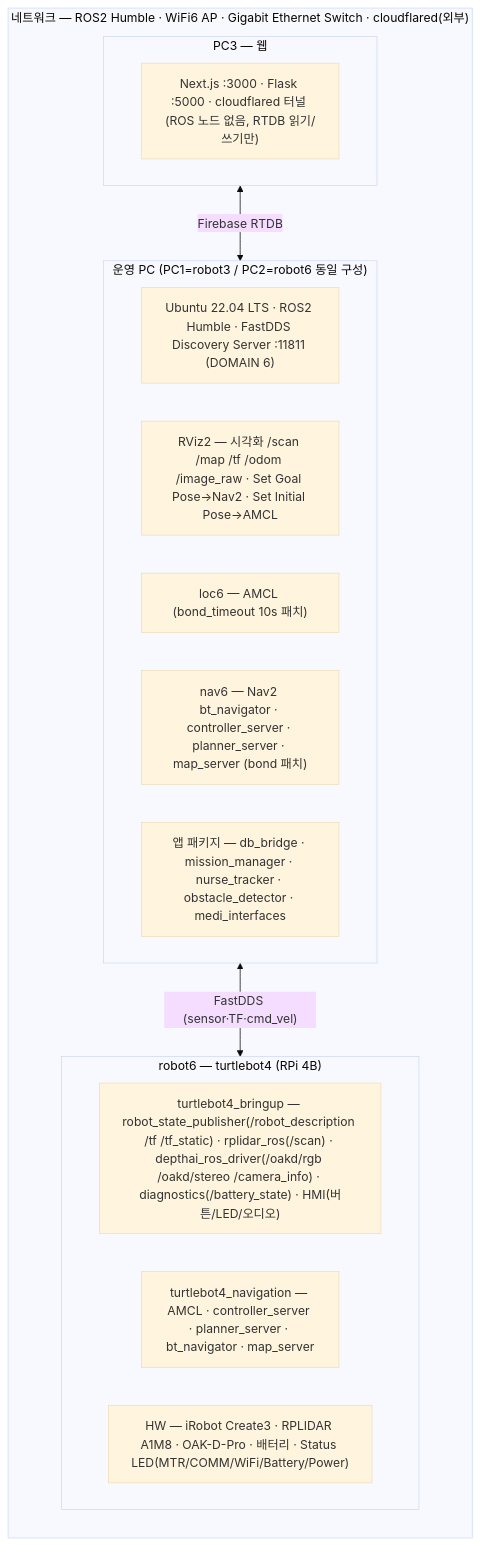
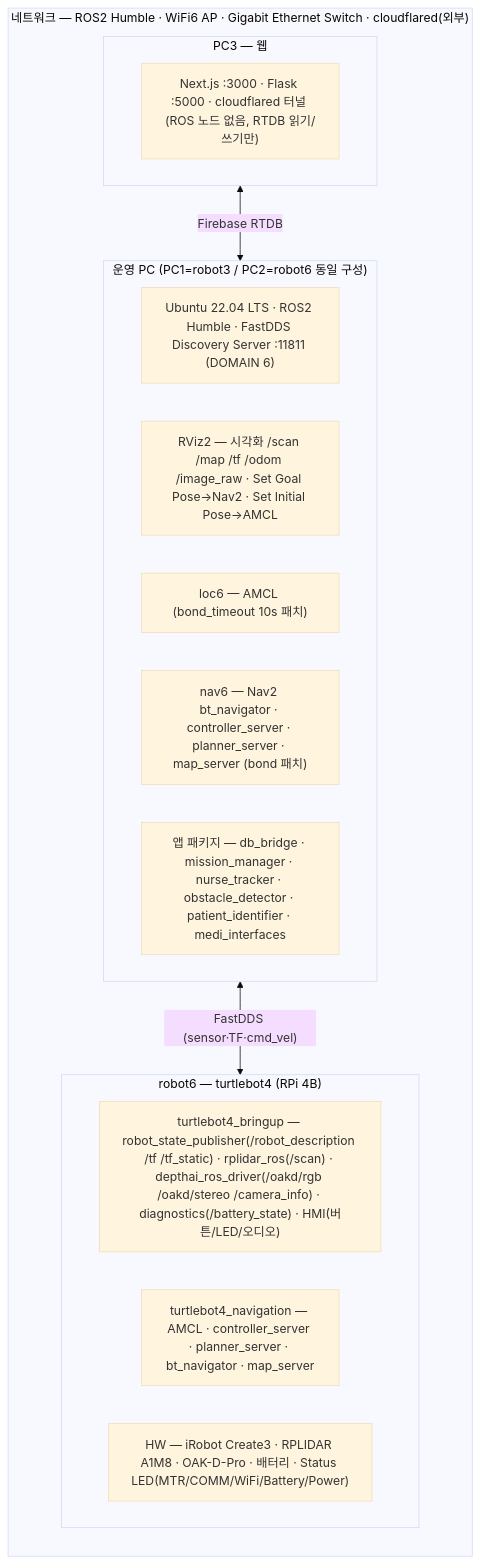
The third of 15 diagrams in docs/architecture/05_mermaid_architecture.md (yevettee/MediCart), drawn with Mermaid (base theme) before and after one commit. The commit also changed other lines of this file, not shown here.

````diff
--- a/docs/architecture/05_mermaid_architecture.md
+++ b/docs/architecture/05_mermaid_architecture.md
@@ -62,27 +110,27 @@
 ```mermaid
 graph TB
   subgraph NET["네트워크 — ROS2 Humble · WiFi6 AP · Gigabit Ethernet Switch · cloudflared(외부)"]
     direction TB
 
     subgraph OPC["운영 PC (PC1=robot3 / PC2=robot6 동일 구성)"]
       OS["Ubuntu 22.04 LTS · ROS2 Humble · FastDDS Discovery Server :11811 (DOMAIN 6)"]
       VIZ["RViz2 — 시각화 /scan /map /tf /odom /image_raw · Set Goal Pose→Nav2 · Set Initial Pose→AMCL"]
       LOC["loc6 — AMCL (bond_timeout 10s 패치)"]
       NV["nav6 — Nav2 bt_navigator · controller_server · planner_server · map_server (bond 패치)"]
-      APP["앱 패키지 — db_bridge · mission_manager · nurse_tracker · obstacle_detector · medi_interfaces"]
+      APP["앱 패키지 — db_bridge · mission_manager · nurse_tracker · obstacle_detector · patient_identifier · medi_interfaces"]
     end
 
     subgraph TB4["robot6 — turtlebot4 (RPi 4B)"]
       BR["turtlebot4_bringup — robot_state_publisher(/robot_description /tf /tf_static) · rplidar_ros(/scan) · depthai_ros_driver(/oakd/rgb /oakd/stereo /camera_info) · diagnostics(/battery_state) · HMI(버튼/LED/오디오)"]
       TNAV["turtlebot4_navigation — AMCL · controller_server · planner_server · bt_navigator · map_server"]
       HWB["HW — iRobot Create3 · RPLIDAR A1M8 · OAK-D-Pro · 배터리 · Status LED(MTR/COMM/WiFi/Battery/Power)"]
     end
 
     subgraph WPC["PC3 — 웹"]
       WEB["Next.js :3000 · Flask :5000 · cloudflared 터널 (ROS 노드 없음, RTDB 읽기/쓰기만)"]
     end
   end
 
   OPC <-->|"FastDDS (sensor·TF·cmd_vel)"| TB4
   WPC <-->|"Firebase RTDB"| OPC
 ```
````
